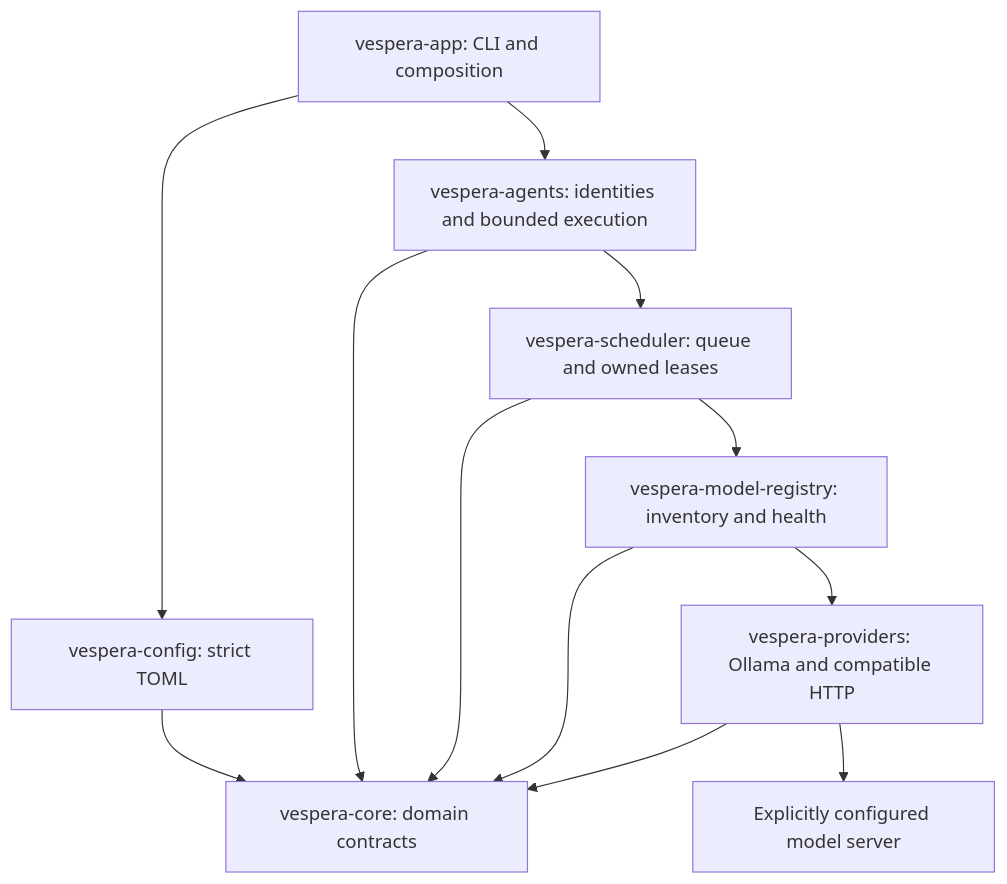
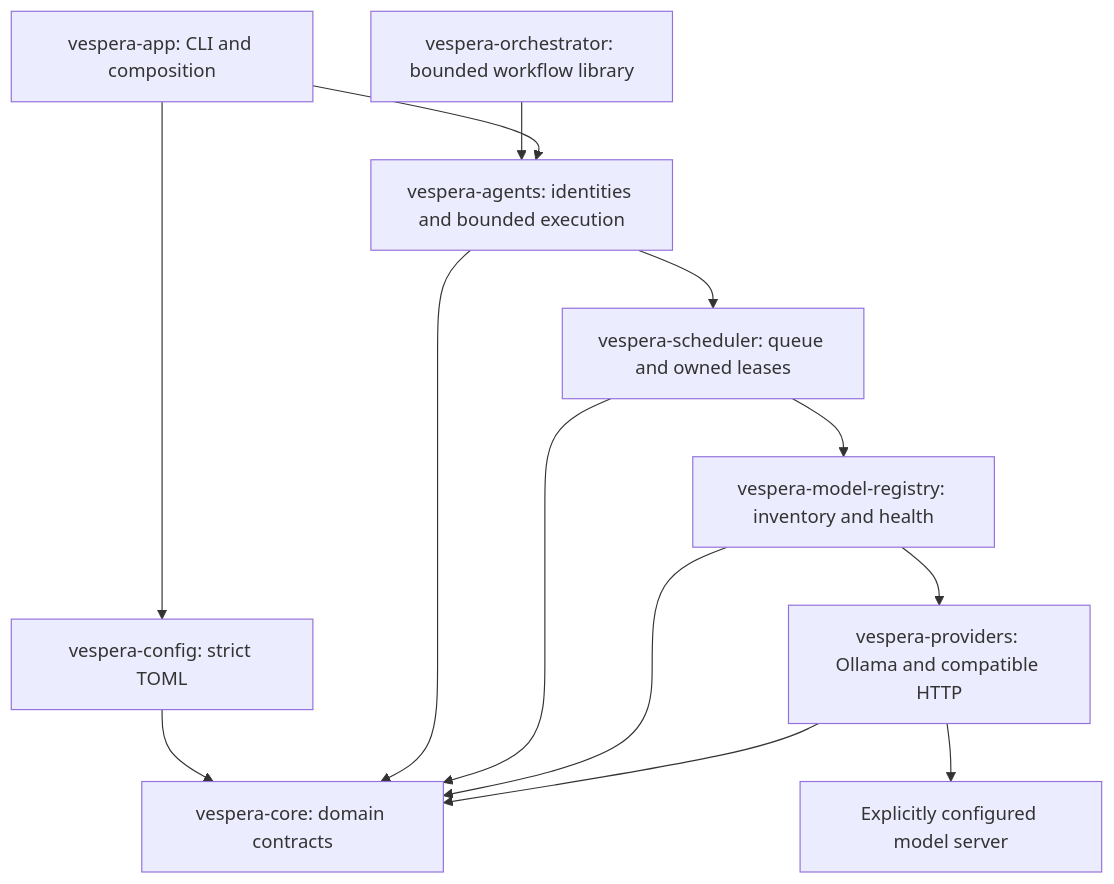
One commit to ShamelesAbyss/Vespera changed the diagram in README.md. Above: the diagram before and after it, drawn with Mermaid. The commit also changed other lines of this file and 15 other files, not shown here.

````diff
--- a/README.md
+++ b/README.md
@@ -11,14 +11,15 @@
 ```mermaid
 flowchart TD
     CLI[vespera-app: CLI and composition] --> Config[vespera-config: strict TOML]
+    Orchestrator[vespera-orchestrator: bounded workflow library] --> Agents
     CLI --> Agents[vespera-agents: identities and bounded execution]
     Agents --> Scheduler[vespera-scheduler: queue and owned leases]
     Scheduler --> Registry[vespera-model-registry: inventory and health]
     Registry --> Providers[vespera-providers: Ollama and compatible HTTP]
     Providers --> Backend[Explicitly configured model server]
     Config --> Core[vespera-core: domain contracts]
     Agents --> Core
     Scheduler --> Core
     Registry --> Core
     Providers --> Core
 ```
````
